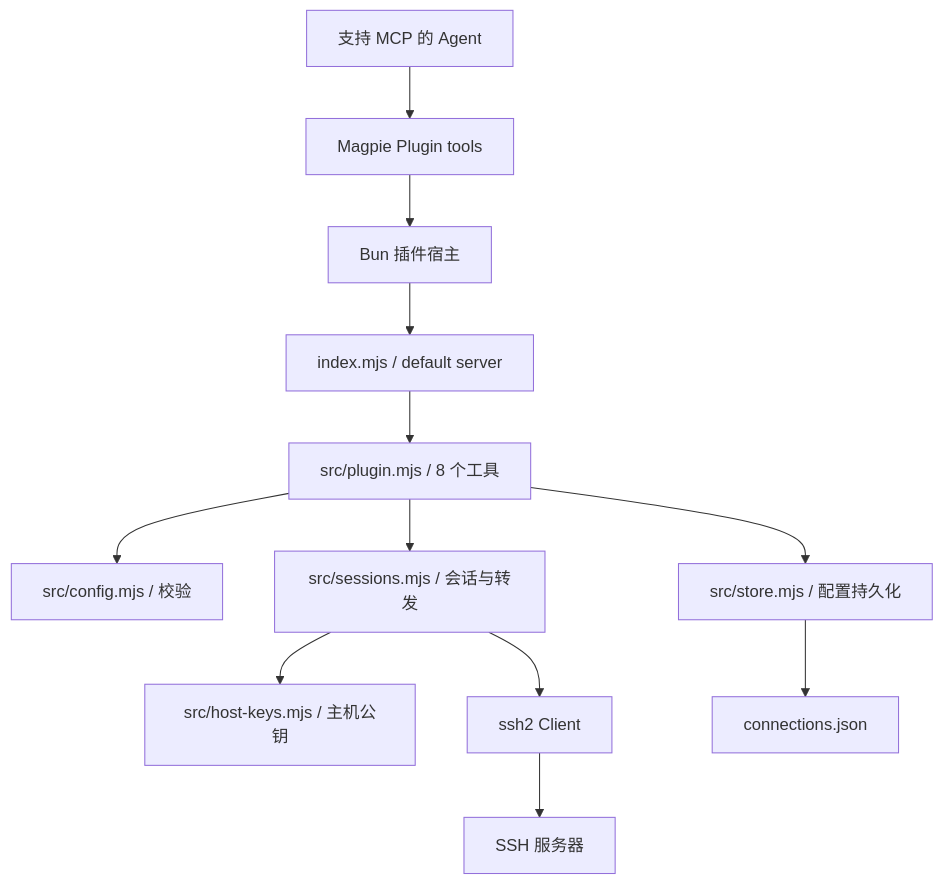
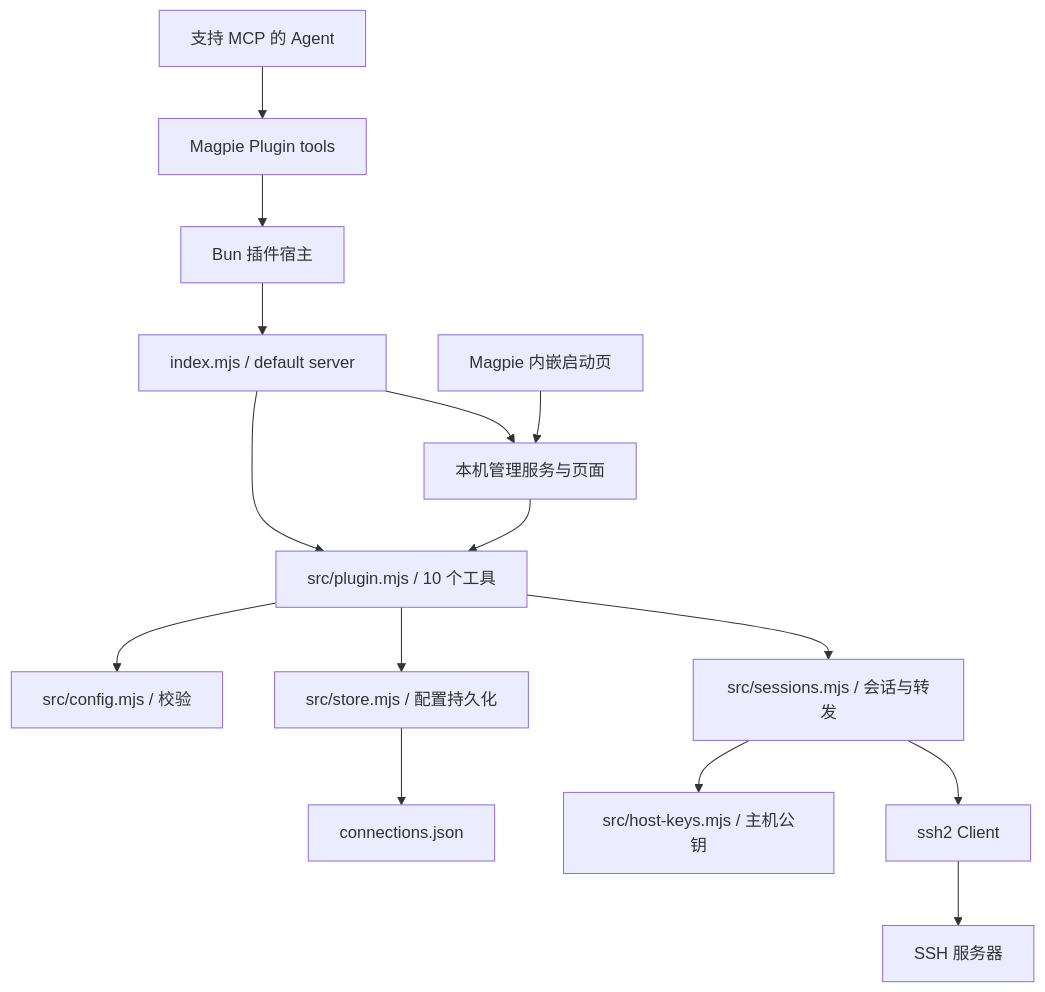
Before and after one commit to zhaoyi2018/magpie-remote: the first of 4 diagrams in docs/architecture.md, drawn with Mermaid. The commit also changed other lines of this file and 26 other files, not shown here.

Commit message:
feat: add visual SSH management page for Magpie

````diff
--- a/docs/architecture.md
+++ b/docs/architecture.md
@@ -5,14 +5,17 @@
 ```mermaid
 flowchart TD
   Agent[支持 MCP 的 Agent] --> Gateway[Magpie Plugin tools]
   Gateway --> Host[Bun 插件宿主]
   Host --> Entry[index.mjs / default server]
-  Entry --> Tools[src/plugin.mjs / 8 个工具]
+  Entry --> Tools[src/plugin.mjs / 10 个工具]
+  Page[Magpie 内嵌启动页] --> UI[本机管理服务与页面]
+  Entry --> UI
+  UI --> Tools
   Tools --> Config[src/config.mjs / 校验]
   Tools --> Store[src/store.mjs / 配置持久化]
   Tools --> Sessions[src/sessions.mjs / 会话与转发]
   Sessions --> Trust[src/host-keys.mjs / 主机公钥]
   Sessions --> SSH[ssh2 Client]
   SSH --> Server[SSH 服务器]
   Store --> File[connections.json]
 ```
````
